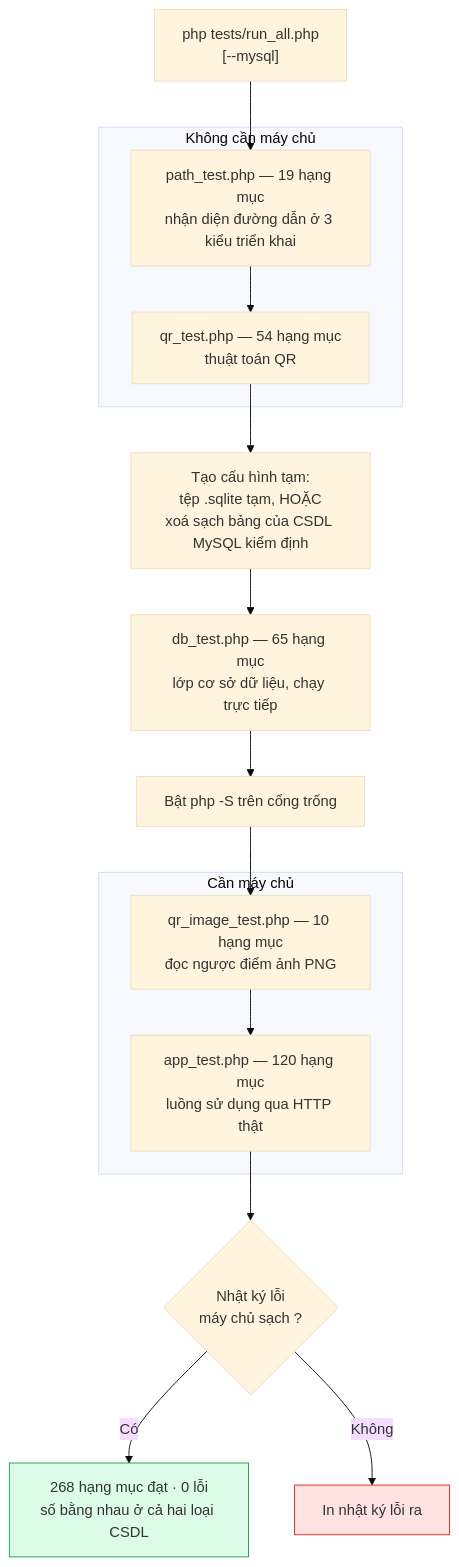
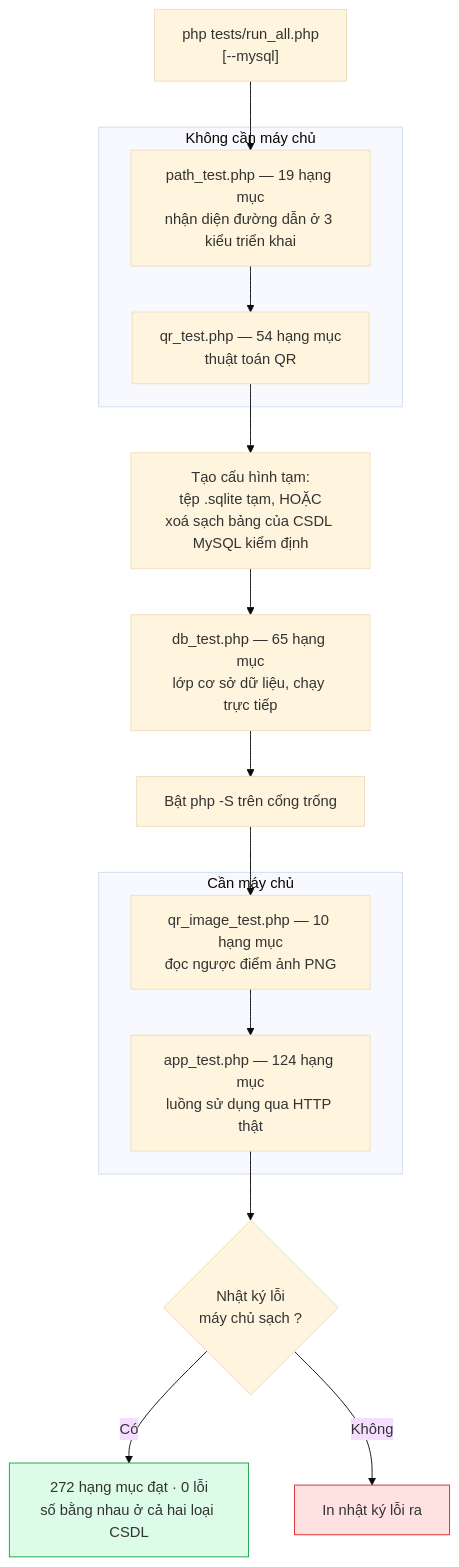
Before and after one commit to tlearnvn/dongnai-link-shortener: diagram 15 of 19 in docs/quy-trinh-ky-thuat.md, drawn with Mermaid (base theme). The commit also changed 8 other files, not shown here.

````diff
--- a/docs/quy-trinh-ky-thuat.md
+++ b/docs/quy-trinh-ky-thuat.md
@@ -937,25 +937,25 @@
 ```mermaid
 flowchart TB
     RUN["php tests/run_all.php<br/>[--mysql]"] --> T1
 
     subgraph nosrv["Không cần máy chủ"]
         T1["path_test.php — 19 hạng mục<br/>nhận diện đường dẫn ở 3 kiểu triển khai"]
         T2["qr_test.php — 54 hạng mục<br/>thuật toán QR"]
     end
 
     T1 --> T2 --> CFG["Tạo cấu hình tạm:<br/>tệp .sqlite tạm, HOẶC<br/>xoá sạch bảng của CSDL MySQL kiểm định"]
     CFG --> T5["db_test.php — 65 hạng mục<br/>lớp cơ sở dữ liệu, chạy trực tiếp"]
     T5 --> SRV["Bật php -S trên cổng trống"]
 
     subgraph srv["Cần máy chủ"]
         T3["qr_image_test.php — 10 hạng mục<br/>đọc ngược điểm ảnh PNG"]
-        T4["app_test.php — 120 hạng mục<br/>luồng sử dụng qua HTTP thật"]
+        T4["app_test.php — 124 hạng mục<br/>luồng sử dụng qua HTTP thật"]
     end
 
     SRV --> T3 --> T4 --> CHK{"Nhật ký lỗi<br/>máy chủ sạch ?"}
-    CHK -->|Có| PASS["268 hạng mục đạt · 0 lỗi<br/>số bằng nhau ở cả hai loại CSDL"]
+    CHK -->|Có| PASS["272 hạng mục đạt · 0 lỗi<br/>số bằng nhau ở cả hai loại CSDL"]
     CHK -->|Không| FAIL["In nhật ký lỗi ra"]
 
     style PASS fill:#dcfce7,stroke:#16a34a
     style FAIL fill:#fee2e2,stroke:#dc2626
 ```
````
